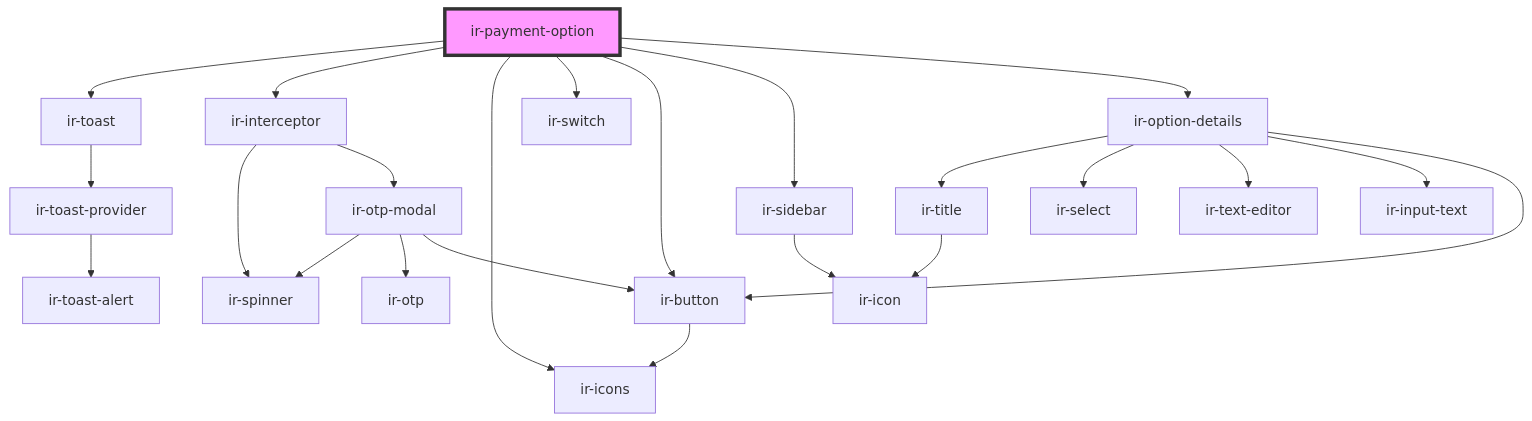
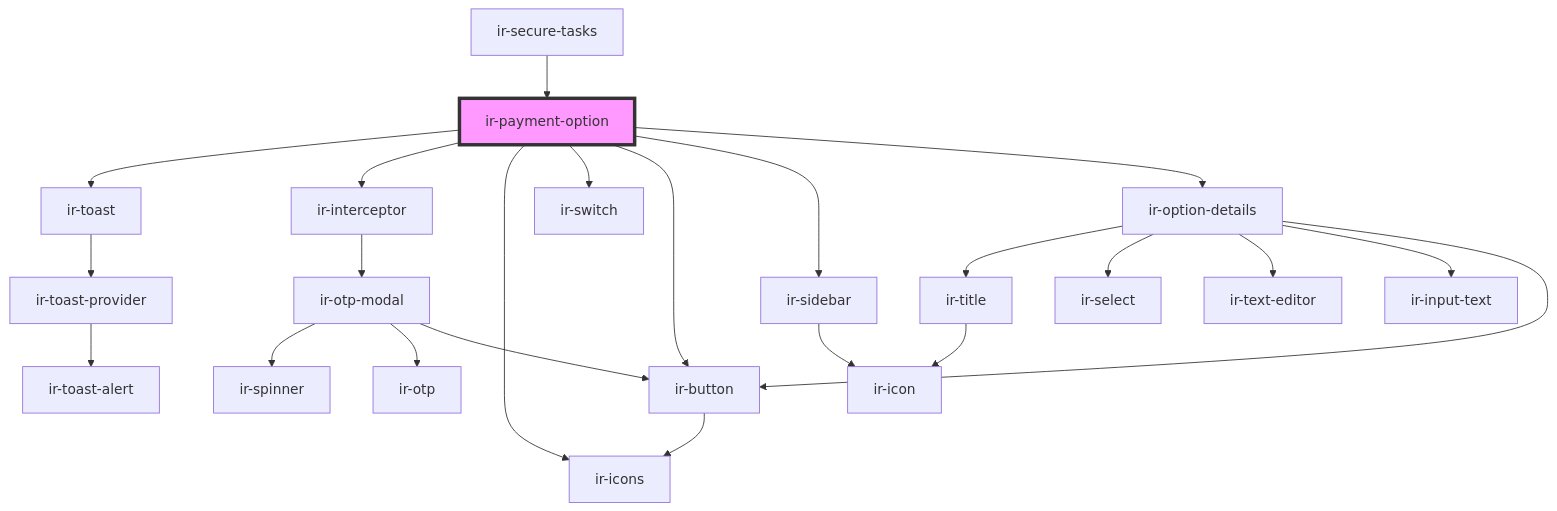
The diagram in src/components/ir-payment-option/readme.md (RonyRizk/ir-webcmp), drawn with Mermaid before and after one commit. The commit also changed other lines of this file and 586 other files, not shown here.

````diff
--- a/src/components/ir-payment-option/readme.md
+++ b/src/components/ir-payment-option/readme.md
@@ -40,26 +44,26 @@
 ```mermaid
 graph TD;
   ir-payment-option --> ir-toast
   ir-payment-option --> ir-interceptor
   ir-payment-option --> ir-icons
   ir-payment-option --> ir-switch
   ir-payment-option --> ir-button
   ir-payment-option --> ir-sidebar
   ir-payment-option --> ir-option-details
   ir-toast --> ir-toast-provider
   ir-toast-provider --> ir-toast-alert
-  ir-interceptor --> ir-spinner
   ir-interceptor --> ir-otp-modal
   ir-otp-modal --> ir-spinner
   ir-otp-modal --> ir-otp
   ir-otp-modal --> ir-button
   ir-button --> ir-icons
   ir-sidebar --> ir-icon
   ir-option-details --> ir-title
   ir-option-details --> ir-select
   ir-option-details --> ir-text-editor
   ir-option-details --> ir-input-text
   ir-option-details --> ir-button
   ir-title --> ir-icon
+  ir-secure-tasks --> ir-payment-option
   style ir-payment-option fill:#f9f,stroke:#333,stroke-width:4px
 ```
````
